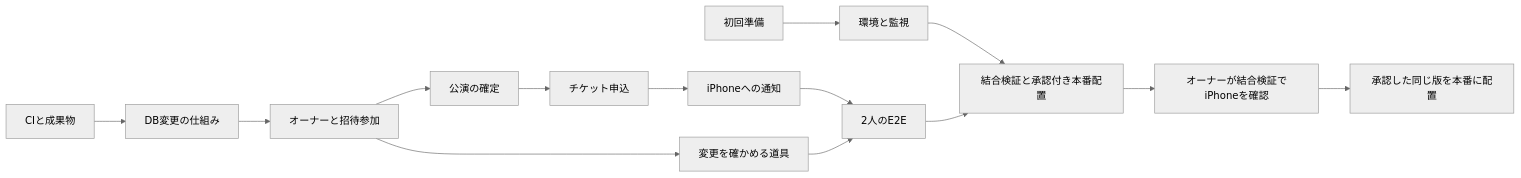
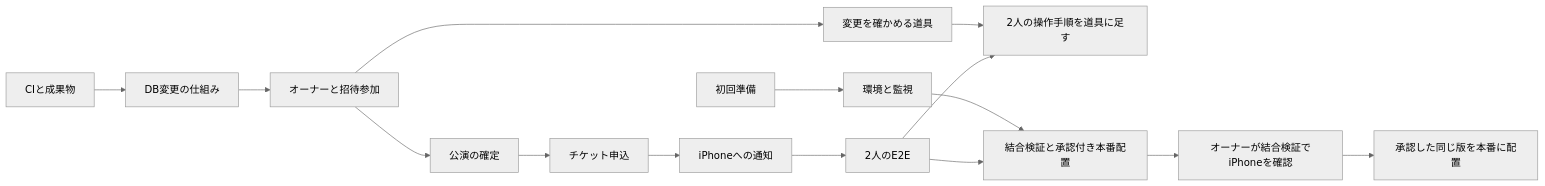
The diagram in docs/implementation-plans/first-slice.md (oze-xxbumpxx/yoin), drawn with Mermaid (neutral theme) before and after one commit. The commit also changed other lines of this file, not shown here.

````diff
--- a/docs/implementation-plans/first-slice.md
+++ b/docs/implementation-plans/first-slice.md
@@ -160,11 +172,13 @@
 ```mermaid
 flowchart LR
     B["初回準備"] --> I["環境と監視"]
     C["CIと成果物"] --> M["DB変更の仕組み"]
     M --> G["オーナーと招待参加"] --> V["公演の確定"] --> T["チケット申込"] --> N["iPhoneへの通知"] --> E["2人のE2E"]
-    G --> W["変更を確かめる道具"] --> E
+    G --> W["変更を確かめる道具"]
+    W --> X["2人の操作手順を道具に足す"]
+    E --> X
     I --> D["結合検証と承認付き本番配置"]
     E --> D
     D --> S["オーナーが結合検証でiPhoneを確認"]
     S --> P["承認した同じ版を本番に配置"]
 ```
````
